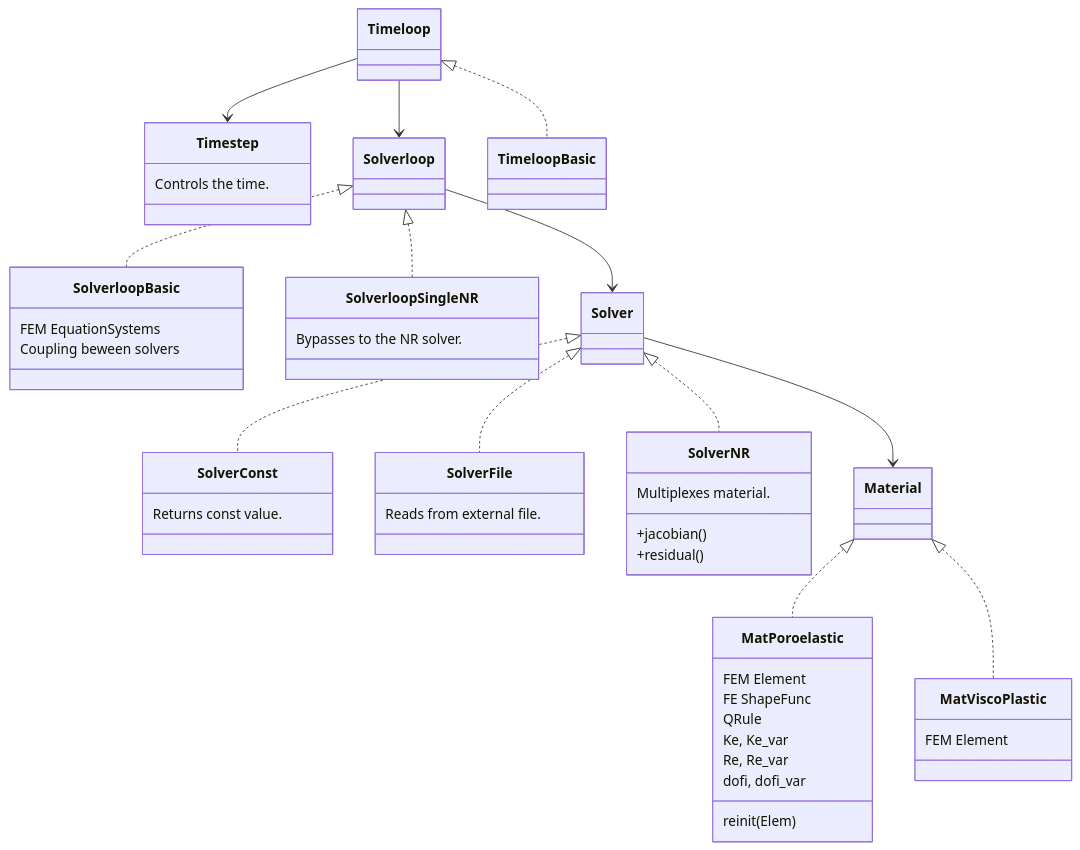
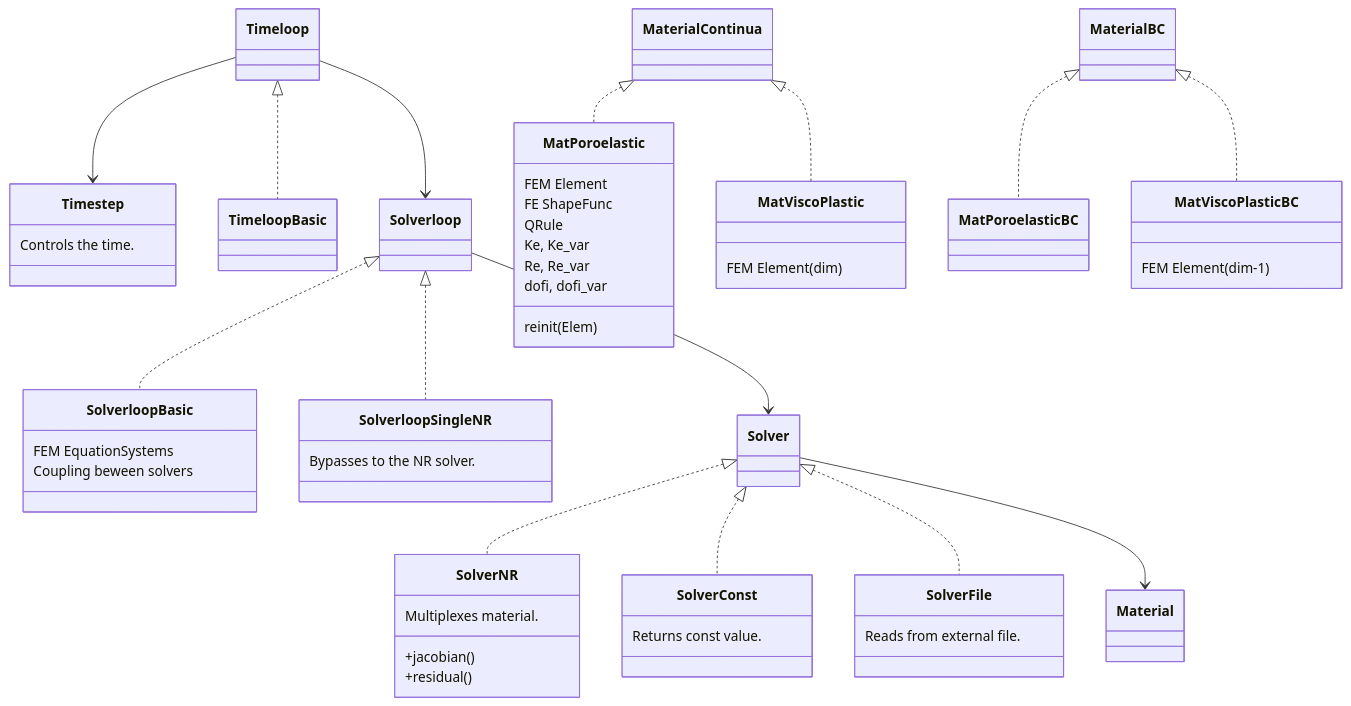
The second of 2 diagrams in doc/Description.md (rebpoli/harpy), drawn with Mermaid before and after one commit. The commit also changed other lines of this file, not shown here.

````diff
--- a/doc/Description.md
+++ b/doc/Description.md
@@ -124,67 +150,70 @@
 ```mermaid
 classDiagram
     Timeloop --> Timestep
 
     Solverloop <|.. SolverloopBasic
 
 
     class Timestep {
         Controls the time.
     }
 
 %% Implementations
     class SolverloopBasic {
         FEM EquationSystems
         Coupling beween solvers
     }
 
-    class MatViscoPlastic { FEM Element }
+    class MatViscoPlastic { FEM Element(dim) }
+    class MatViscoPlasticBC { FEM Element(dim-1) }
 
     class MatPoroelastic {
         FEM Element 
         FE ShapeFunc
         QRule
         Ke, Ke_var
         Re, Re_var
         dofi, dofi_var
         reinit(Elem)
     }
 
     class SolverloopSingleNR { Bypasses to the NR solver. } 
 
     class SolverConst { Returns const value.  }
     class SolverFile { Reads from external file. }
     class SolverNR { 
         Multiplexes material.
         
         +jacobian()
         +residual()
         }
 
 %% Dependencies
 
 %% Interfaces << implementations
     Timeloop <|.. TimeloopBasic
-    Material <|.. MatPoroelastic
-    Material <|.. MatViscoPlastic
+    MaterialContinua <|.. MatPoroelastic
+    MaterialBC <|.. MatPoroelasticBC
+    MaterialContinua <|.. MatViscoPlastic
+    MaterialBC <|.. MatViscoPlasticBC
     Solverloop <|.. SolverloopSingleNR
 
     Solver <|.. SolverNR
     Solver <|.. SolverConst
     Solver <|.. SolverFile
 
     Timeloop --> Solverloop
     Solverloop --> Solver
     Solver --> Material
 
 %%
 %% classA <|-- classB    // Inheritance (B inherits from A)
 %% classA <|.. classB    // Implementation (B implements A)
 %% classA *-- classB     // Composition (B is part of A)
 %% classA o-- classB     // Aggregation (B is used by A)
 %% classA --> classB     // Association (A references B)
 %% classA ..> classB     // Dependency (A depends on B)
 %% classA ..|> classB    // Realization (B realizes A)
 %% classA <--> classB    // Bidirectional association
 
 ```
````
